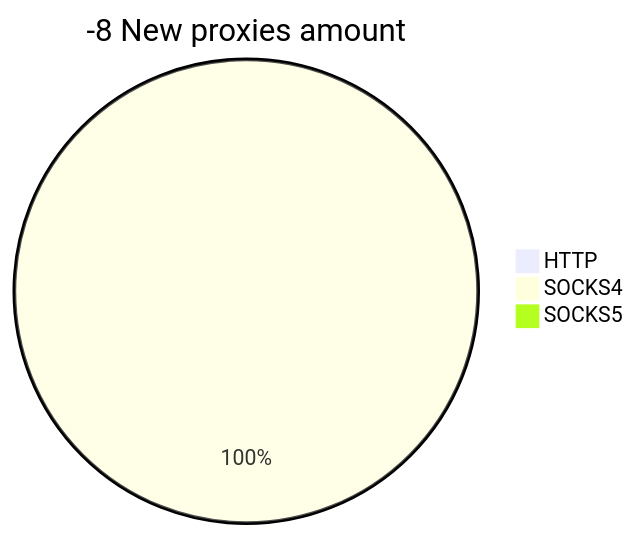
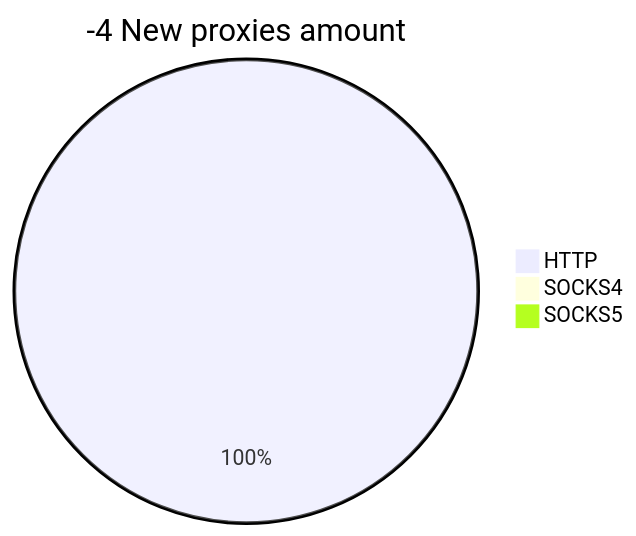
One commit to cutipu/proxylist changed the second of 2 diagrams in README.md. Above: the diagram before and after it, drawn with Mermaid. The commit also changed other lines of this file, not shown here.

````diff
--- a/README.md
+++ b/README.md
@@ -10,6 +10,6 @@
 ```mermaid
-pie title -8 New proxies amount
-    "HTTP" : 0
-    "SOCKS4" : 1
+pie title -4 New proxies amount
+    "HTTP" : 32
+    "SOCKS4" : 0
     "SOCKS5" : 0
 ```
````
